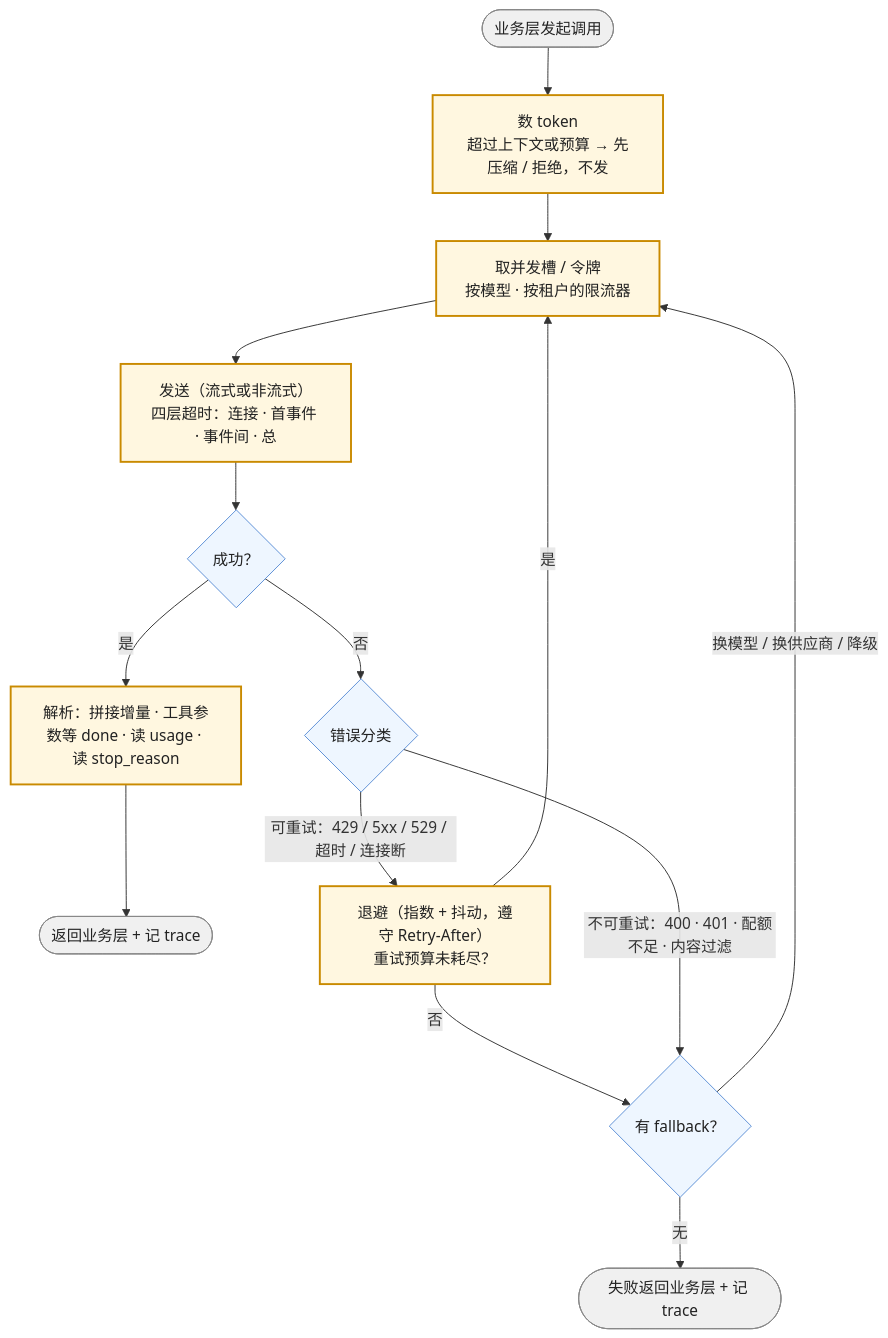
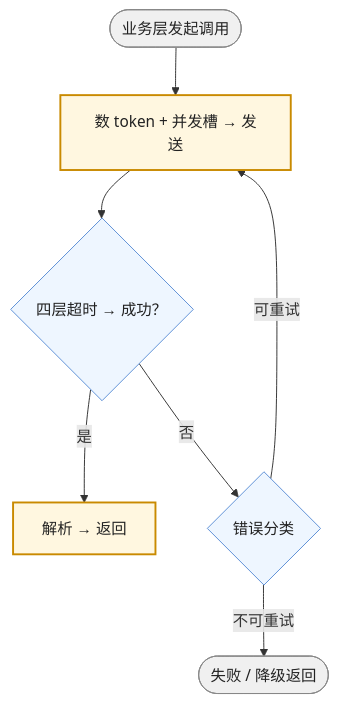
The seventh of 7 diagrams in slides/2026-10-04-model-as-component.md (arganzheng/arganzheng.github.com), drawn with Mermaid before and after one commit. The commit also changed other lines of this file, not shown here.

Commit message:
slides/model-as-component: cut/shorten mermaid diagrams below 14px rendered text (check-render smalltext/overlap)

````diff
--- a/slides/2026-10-04-model-as-component.md
+++ b/slides/2026-10-04-model-as-component.md
@@ -253,24 +252,17 @@
 ```mermaid
 %%{init: {"flowchart": {"wrappingWidth": 180}}}%%
 flowchart TB
-    S(["业务层发起调用"]) --> CNT["数 token<br/>超过上下文或预算 → 先压缩 / 拒绝，不发"]
-    CNT --> SLOT["取并发槽 / 令牌<br/>按模型 · 按租户的限流器"]
-    SLOT --> SEND["发送（流式或非流式）<br/>四层超时：连接 · 首事件 · 事件间 · 总"]
-    SEND --> OK{"成功？"}
-    OK -->|"是"| PARSE["解析：拼接增量 · 工具参数等 done · 读 usage · 读 stop_reason"]
-    PARSE --> DONE(["返回业务层 + 记 trace"])
+    S(["业务层发起调用"]) --> CNT["数 token + 并发槽 → 发送"]
+    CNT --> OK{"四层超时 → 成功？"}
+    OK -->|"是"| PARSE["解析 → 返回"]
     OK -->|"否"| CLS{"错误分类"}
-    CLS -->|"可重试：429 / 5xx / 529 / 超时 / 连接断"| BACK["退避（指数 + 抖动，遵守 Retry-After）<br/>重试预算未耗尽？"]
-    BACK -->|"是"| SLOT
-    BACK -->|"否"| FB
-    CLS -->|"不可重试：400 · 401 · 配额不足 · 内容过滤"| FB{"有 fallback？"}
-    FB -->|"换模型 / 换供应商 / 降级"| SLOT
-    FB -->|"无"| FAIL(["失败返回业务层 + 记 trace"])
+    CLS -->|"可重试"| CNT
+    CLS -->|"不可重试"| FAIL(["失败 / 降级返回"])
 
     classDef step fill:#fff7e0,stroke:#c98a00,stroke-width:2px,color:#222
     classDef dec fill:#eef6ff,stroke:#5b8fd6,color:#222
     classDef stop fill:#f0f0f0,stroke:#888,color:#222
-    class CNT,SLOT,SEND,PARSE,BACK step
-    class OK,CLS,FB dec
+    class CNT,PARSE step
+    class OK,CLS dec
     class S,DONE,FAIL stop
 ```
````
